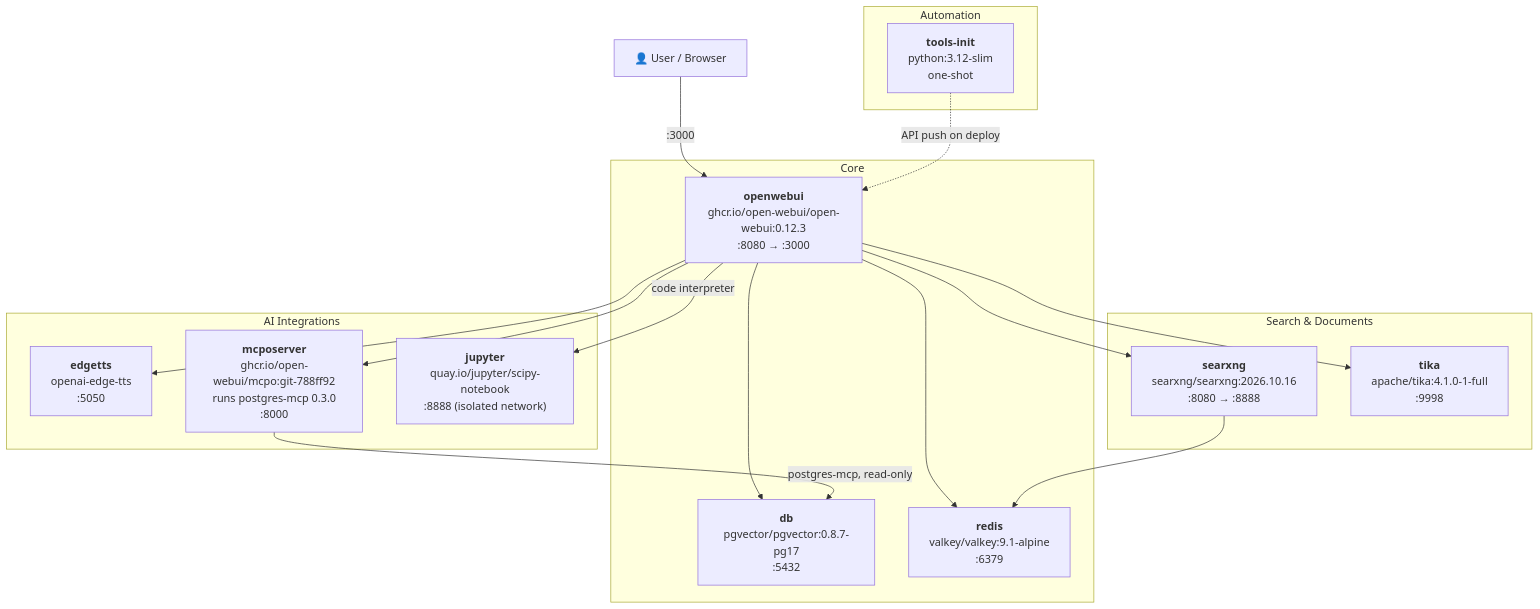
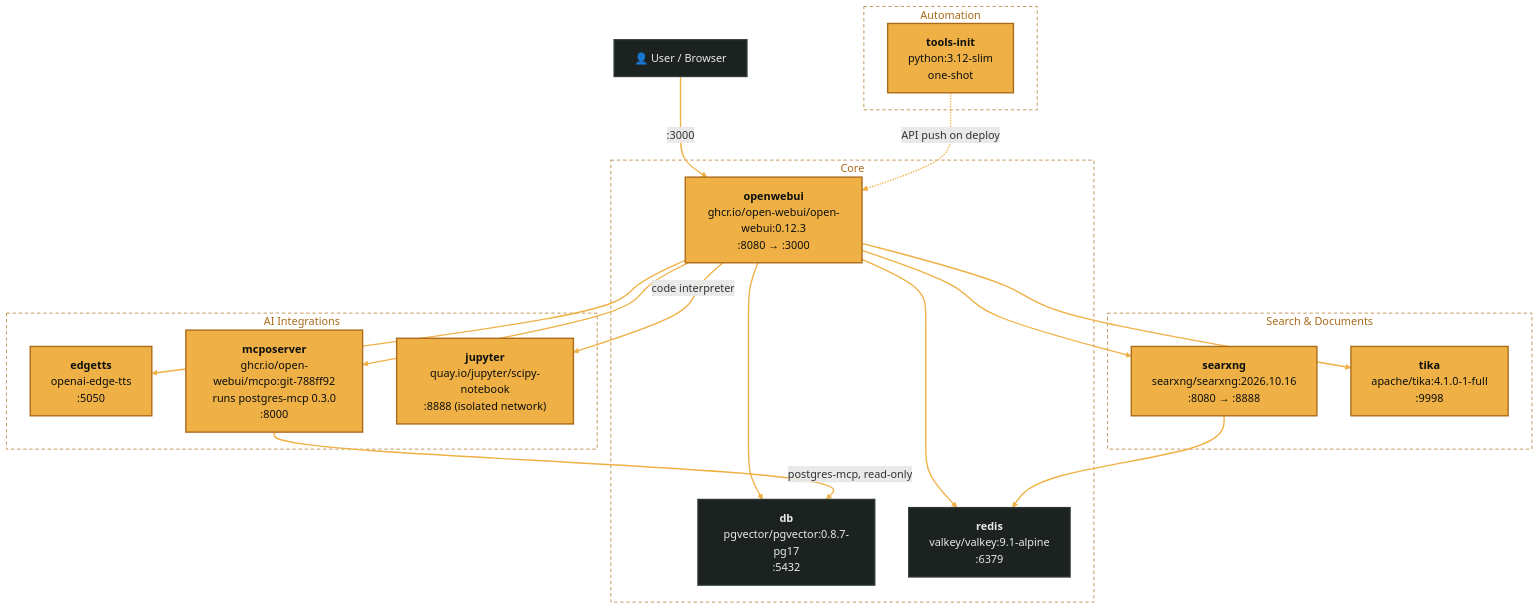
Before and after one commit to BitWise-0x/open-webui-ultimate-stack: the diagram in README.md, drawn with Mermaid. The commit also changed other lines of this file and 1 other file, not shown here.

Commit message:
docs: amber diagram theme and the BitWise footer

````diff
--- a/README.md
+++ b/README.md
@@ -45,37 +45,45 @@
 ```mermaid
 graph TD
     User["👤 User / Browser"]
 
     subgraph Core
         owui["<b>openwebui</b><br>ghcr.io/open-webui/open-webui:0.12.3<br>:8080 → :3000"]
         db["<b>db</b><br>pgvector/pgvector:0.8.7-pg17<br>:5432"]
         redis["<b>redis</b><br>valkey/valkey:9.1-alpine<br>:6379"]
     end
 
-    subgraph Search & Documents
+    subgraph search["Search & Documents"]
         searxng["<b>searxng</b><br>searxng/searxng:2026.10.16<br>:8080 → :8888"]
         tika["<b>tika</b><br>apache/tika:4.1.0-1-full<br>:9998"]
     end
 
-    subgraph AI Integrations
+    subgraph ai["AI Integrations"]
         edgetts["<b>edgetts</b><br>openai-edge-tts<br>:5050"]
         mcpo["<b>mcposerver</b><br>ghcr.io/open-webui/mcpo:git-788ff92<br>runs postgres-mcp 0.3.0<br>:8000"]
         jupyter["<b>jupyter</b><br>quay.io/jupyter/scipy-notebook<br>:8888 (isolated network)"]
     end
 
     subgraph Automation
         tools["<b>tools-init</b><br>python:3.12-slim<br>one-shot"]
     end
 
     User -->|":3000"| owui
     owui --> db
     owui --> redis
     owui --> searxng
     owui --> tika
     owui --> edgetts
     owui --> mcpo
     owui -->|"code interpreter"| jupyter
     searxng --> redis
     mcpo -->|"postgres-mcp, read-only"| db
     tools -.->|"API push on deploy"| owui
+    classDef default fill:#efb146,stroke:#a96a19,stroke-width:2px,color:#0c0f0e
+    classDef quiet fill:#1b221f,stroke:#2e3733,stroke-width:2px,color:#e7ece8
+    linkStyle default stroke:#efb146,stroke-width:2px
+    class User,db,redis quiet
+    style Core fill:transparent,stroke:#a96a19,stroke-width:1px,stroke-dasharray:5 4,color:#a96a19
+    style search fill:transparent,stroke:#a96a19,stroke-width:1px,stroke-dasharray:5 4,color:#a96a19
+    style ai fill:transparent,stroke:#a96a19,stroke-width:1px,stroke-dasharray:5 4,color:#a96a19
+    style Automation fill:transparent,stroke:#a96a19,stroke-width:1px,stroke-dasharray:5 4,color:#a96a19
 ```
````
